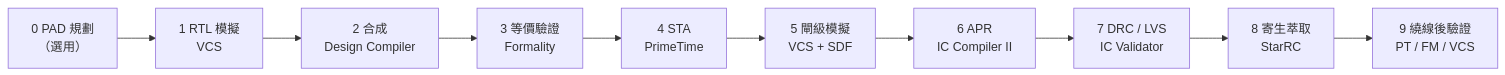
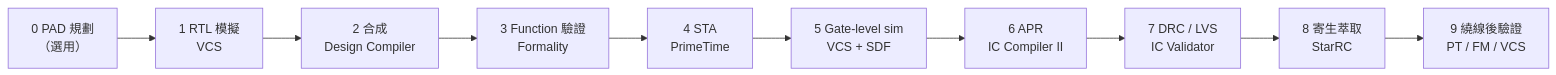
One commit to charlesHYC/IC_flow_skill changed the diagram in README.md. Above: the diagram before and after it, drawn with Mermaid. The commit also changed other lines of this file and 16 other files, not shown here.

First line of the commit message:
Rename stages: 等價驗證 -> Function 驗證, 閘級模擬 -> Gate-level sim

````diff
--- a/README.md
+++ b/README.md
@@ -55,5 +55,5 @@
 ```mermaid
 flowchart LR
-  P["0 PAD 規劃<br/>（選用）"] --> A["1 RTL 模擬<br/>VCS"] --> B["2 合成<br/>Design Compiler"] --> C["3 等價驗證<br/>Formality"] --> D["4 STA<br/>PrimeTime"] --> E["5 閘級模擬<br/>VCS + SDF"]
+  P["0 PAD 規劃<br/>（選用）"] --> A["1 RTL 模擬<br/>VCS"] --> B["2 合成<br/>Design Compiler"] --> C["3 Function 驗證<br/>Formality"] --> D["4 STA<br/>PrimeTime"] --> E["5 Gate-level sim<br/>VCS + SDF"]
   E --> F["6 APR<br/>IC Compiler II"] --> G["7 DRC / LVS<br/>IC Validator"] --> H["8 寄生萃取<br/>StarRC"] --> I["9 繞線後驗證<br/>PT / FM / VCS"]
 ```
````
